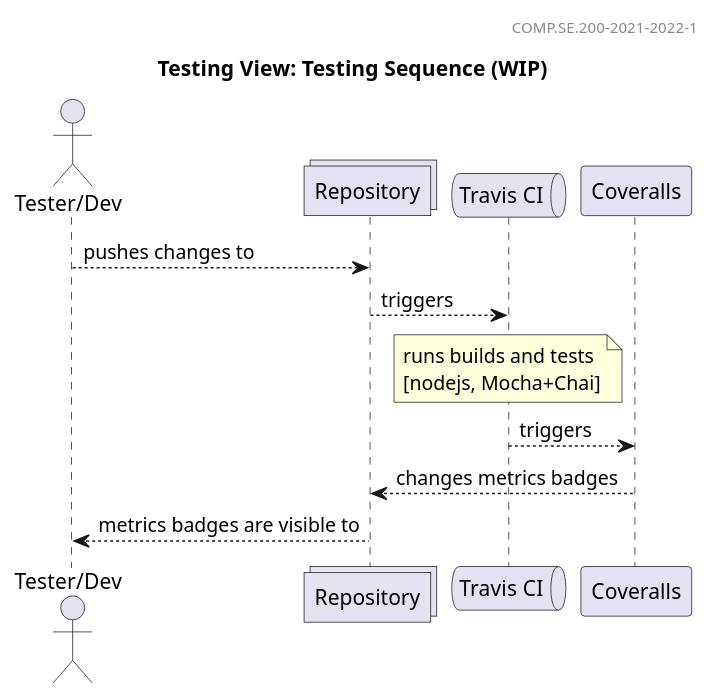
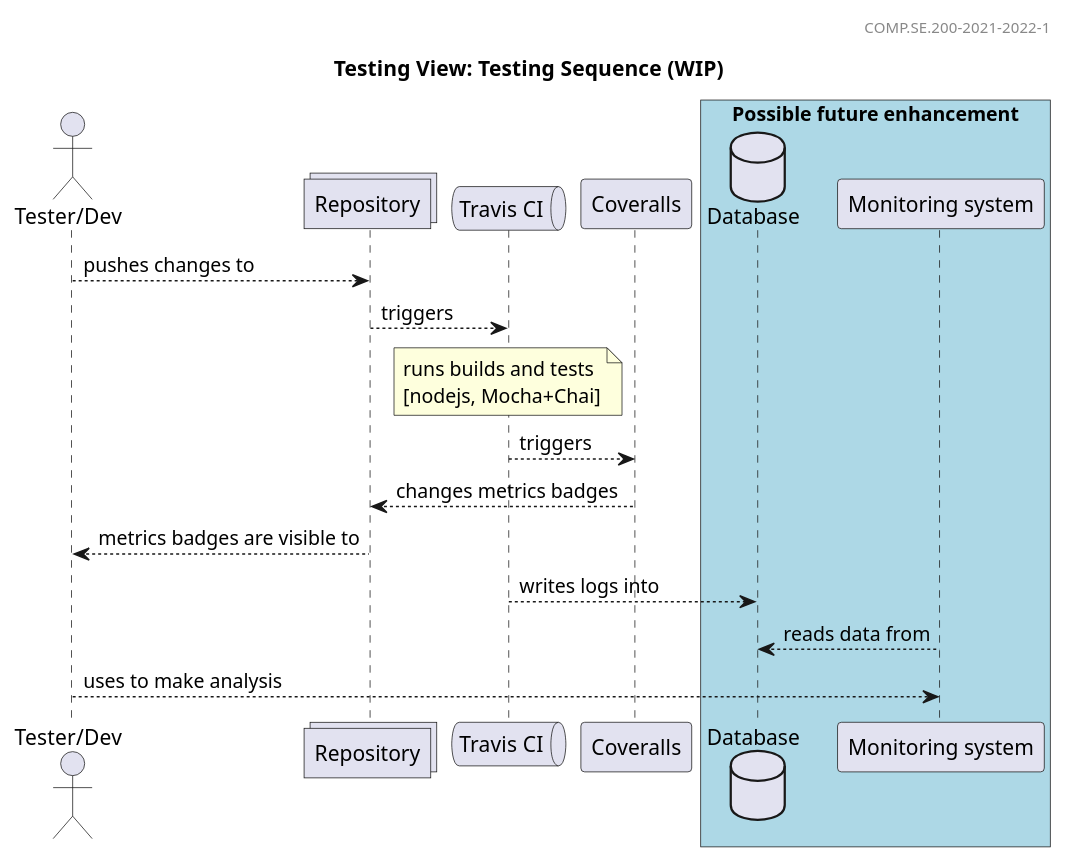
One commit to otula/COMP.SE.200-2021-2022-1 changed the diagram in docs/testing_sequence.puml. Above: the diagram before and after it, drawn with PlantUML.

Commit message:
sequence diagram was enhanced

```diff
--- a/docs/testing_sequence.puml
+++ b/docs/testing_sequence.puml
@@ -1,23 +1,32 @@
 @startuml Testing Sequence (WIP)
 
 header COMP.SE.200-2021-2022-1
 
 title Testing View: Testing Sequence (WIP)
 
 actor "Tester/Dev" as user
 
 collections "Repository" as code
 
 queue "Travis CI" as cicd
 
 participant "Coveralls" as coveralls
 
+box "Possible future enhancement" #LightBlue
+    database "Database" as db
+    participant "Monitoring system" as monitoring
+end box
+
+
 user-->code : pushes changes to
 ' code <-- cicd : observes commits and PRs
 code --> cicd : triggers
 note over cicd: runs builds and tests\r\n[nodejs, Mocha+Chai]
 cicd --> coveralls : triggers
 code <-- coveralls : changes metrics badges
 user<--code : metrics badges are visible to
+cicd --> db : writes logs into
+db <-- monitoring : reads data from
+user --> monitoring : uses to make analysis
 
 @enduml
```
